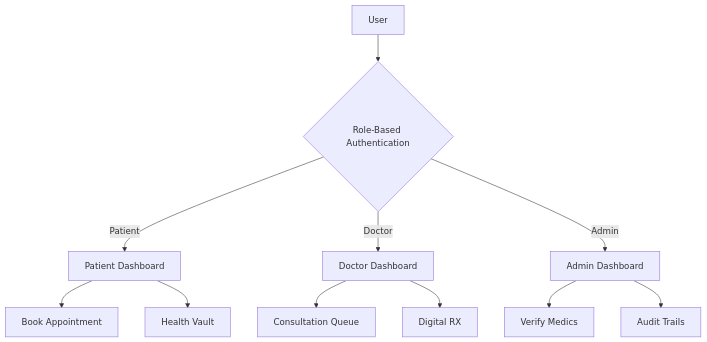
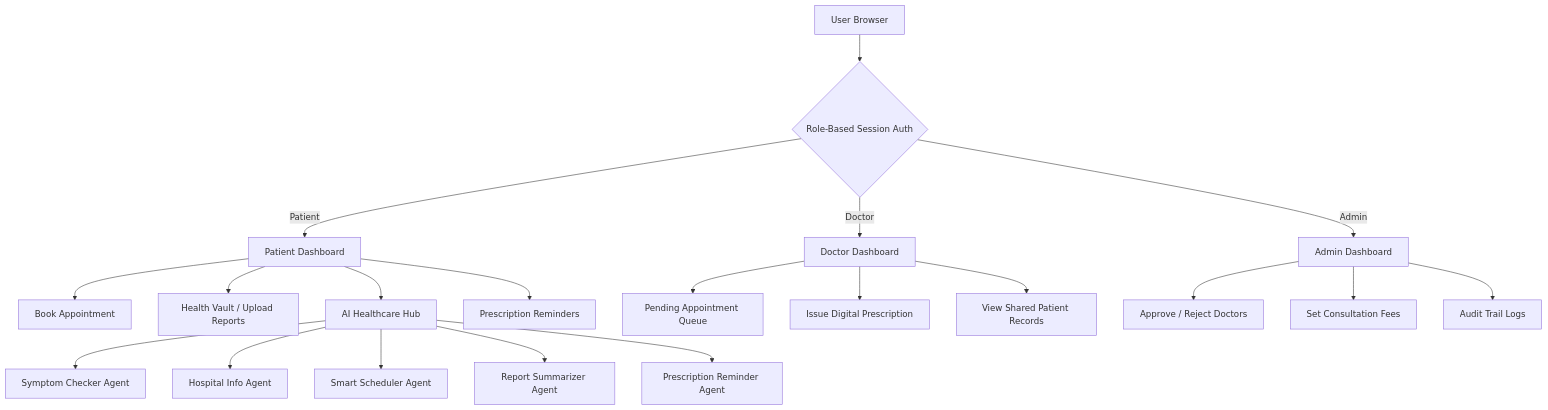
Before and after one commit to PRAGATHISH-2006/medical_appointment_system: the diagram in README.md, drawn with Mermaid. The commit also changed other lines of this file and 3913 other files, not shown here.

Commit message:
Java Spring Boot Medical Appointment System with AI Healthcare Agents

````diff
--- a/README.md
+++ b/README.md
@@ -34,16 +48,26 @@
 ```mermaid
 graph TD
-    A[User] --> B{Role-Based Authentication}
+    A[User Browser] --> B{Role-Based Session Auth}
     B -->|Patient| C[Patient Dashboard]
     B -->|Doctor| D[Doctor Dashboard]
     B -->|Admin| E[Admin Dashboard]
-    
+
     C --> C1[Book Appointment]
-    C --> C2[Health Vault]
-    
-    D --> D1[Consultation Queue]
-    D --> D2[Digital RX]
-    
-    E --> E1[Verify Medics]
-    E --> E2[Audit Trails]
+    C --> C2[Health Vault / Upload Reports]
+    C --> C3[AI Healthcare Hub]
+    C --> C4[Prescription Reminders]
+
+    C3 --> AI1[Symptom Checker Agent]
+    C3 --> AI2[Hospital Info Agent]
+    C3 --> AI3[Smart Scheduler Agent]
+    C3 --> AI4[Report Summarizer Agent]
+    C3 --> AI5[Prescription Reminder Agent]
+
+    D --> D1[Pending Appointment Queue]
+    D --> D2[Issue Digital Prescription]
+    D --> D3[View Shared Patient Records]
+
+    E --> E1[Approve / Reject Doctors]
+    E --> E2[Set Consultation Fees]
+    E --> E3[Audit Trail Logs]
 ```
````
